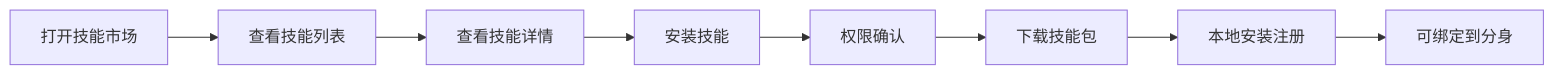
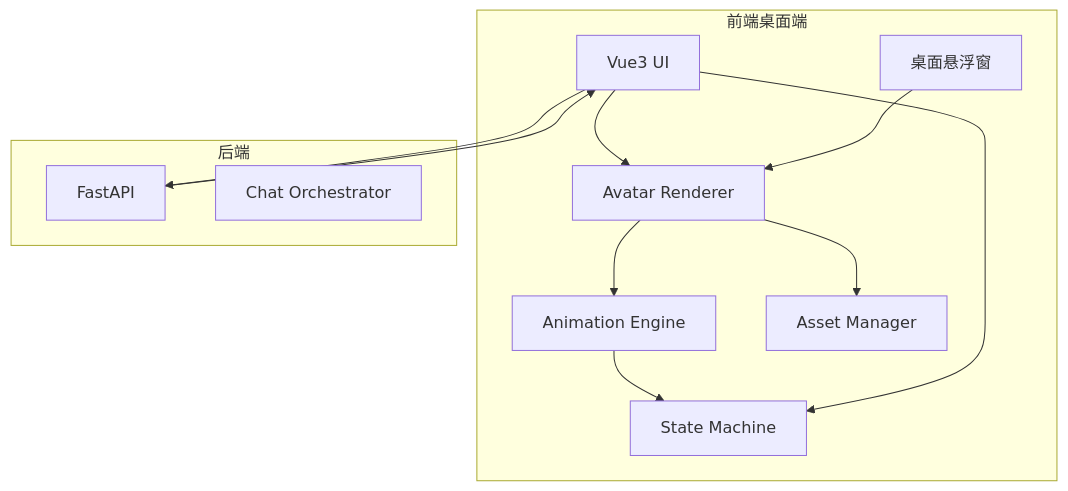
One commit to Mingjiexiaojiu/MultiYou changed the first of 3 diagrams in Design/Phase4_扩展版_设计文档.md. Above: the diagram before and after it, drawn with Mermaid. The commit also changed other lines of this file and 16 other files, not shown here.

````diff
--- a/Design/Phase4_扩展版_设计文档.md
+++ b/Design/Phase4_扩展版_设计文档.md
@@ -204,10 +79,26 @@
 ```mermaid
-flowchart LR
-    A[打开技能市场] --> B[查看技能列表]
-    B --> C[查看技能详情]
-    C --> D[安装技能]
-    D --> E[权限确认]
-    E --> F[下载技能包]
-    F --> G[本地安装注册]
-    G --> H[可绑定到分身]
+graph TD
+    subgraph Frontend [前端桌面端]
+        UI[Vue3 UI]
+        Renderer[Avatar Renderer]
+        Engine[Animation Engine]
+        FSM[State Machine]
+        Assets[Asset Manager]
+        Float[桌面悬浮窗]
+
+        UI --> Renderer
+        Renderer --> Engine
+        Renderer --> Assets
+        Engine --> FSM
+        Float --> Renderer
+    end
+
+    subgraph Backend [后端]
+        API[FastAPI]
+        Chat[Chat Orchestrator]
+    end
+
+    UI --> API
+    API --> UI
+    UI --> FSM
 ```
````
